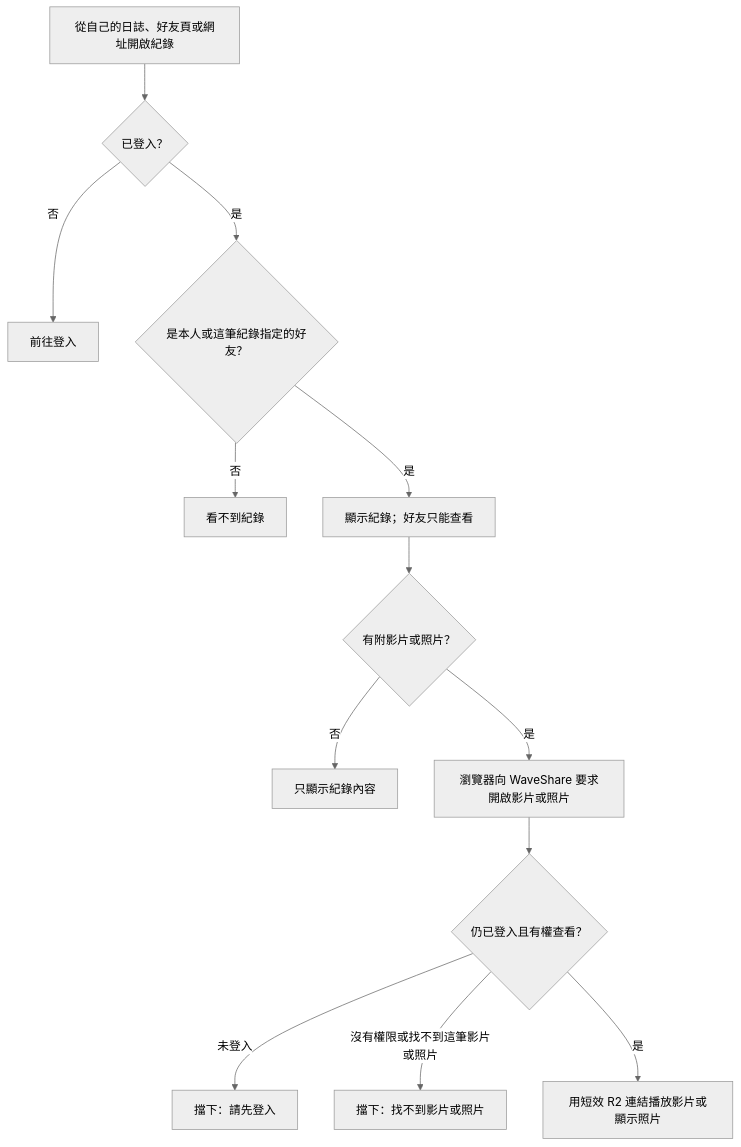
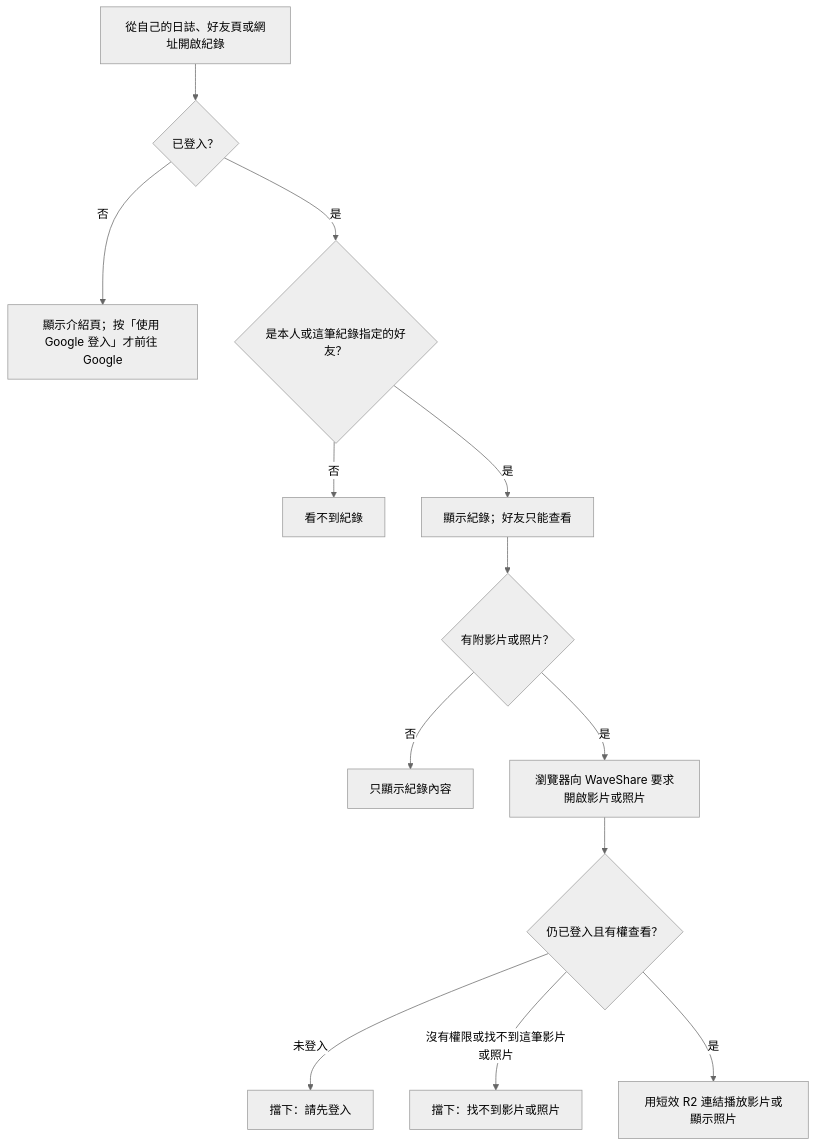
The fourth of 7 diagrams in docs/flows.md (ChristingChang/waveshare), drawn with Mermaid (neutral theme) before and after one commit. The commit also changed other lines of this file and 4 other files, not shown here.

Commit message:
docs: 更新登入、登出、分享圖卡與照片上傳說明

````diff
--- a/docs/flows.md
+++ b/docs/flows.md
@@ -59,15 +66,15 @@
 ```mermaid
 flowchart TD
     A["從自己的日誌、好友頁或網址開啟紀錄"] --> B{"已登入？"}
-    B -->|否| C["前往登入"]
+    B -->|否| C["顯示介紹頁；按「使用 Google 登入」才前往 Google"]
     B -->|是| D{"是本人或這筆紀錄指定的好友？"}
     D -->|否| E["看不到紀錄"]
     D -->|是| F["顯示紀錄；好友只能查看"]
     F --> G{"有附影片或照片？"}
     G -->|否| H["只顯示紀錄內容"]
     G -->|是| I["瀏覽器向 WaveShare 要求開啟影片或照片"]
     I --> J{"仍已登入且有權查看？"}
     J -->|未登入| K["擋下：請先登入"]
     J -->|沒有權限或找不到這筆影片或照片| L["擋下：找不到影片或照片"]
     J -->|是| M["用短效 R2 連結播放影片或顯示照片"]
 ```
````
